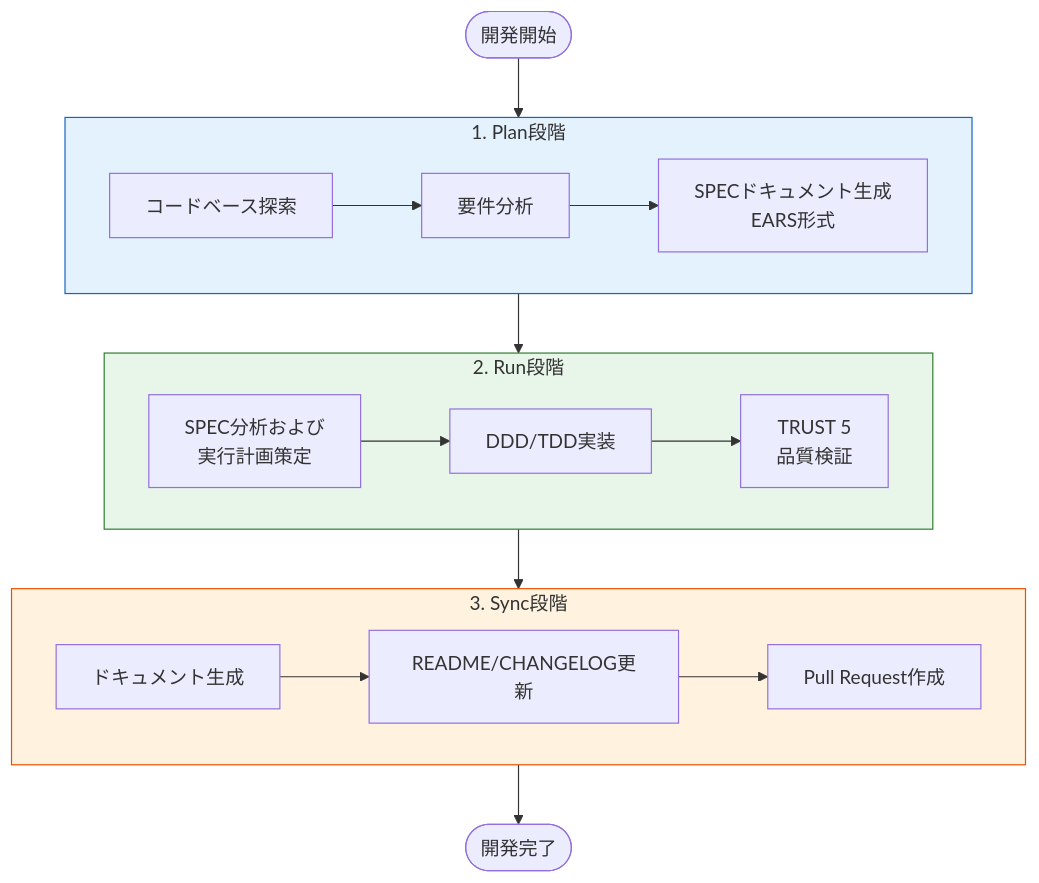
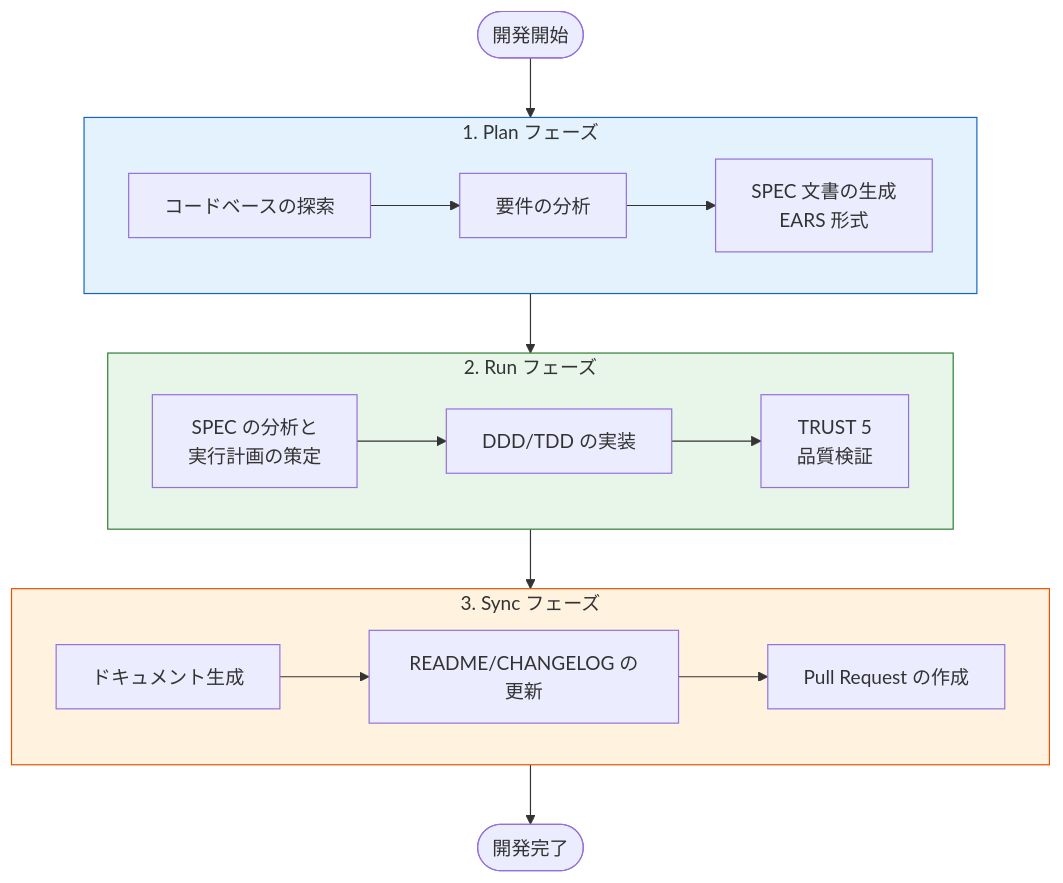
The fourth of 5 diagrams in docs-site/content/ja/core-concepts/what-is-moai-adk.md (modu-ai/moai-adk), drawn with Mermaid before and after one commit. The commit also changed other lines of this file and 395 other files, not shown here.

````diff
--- a/docs-site/content/ja/core-concepts/what-is-moai-adk.md
+++ b/docs-site/content/ja/core-concepts/what-is-moai-adk.md
@@ -294,29 +326,29 @@
 ```mermaid
 flowchart TD
     Start(["開発開始"]) --> Plan
 
-    subgraph Plan["1. Plan段階"]
-        P1["コードベース探索"] --> P2["要件分析"]
-        P2 --> P3["SPECドキュメント生成\nEARS形式"]
+    subgraph Plan["1. Plan フェーズ"]
+        P1["コードベースの探索"] --> P2["要件の分析"]
+        P2 --> P3["SPEC 文書の生成\nEARS 形式"]
     end
 
     Plan --> Run
 
-    subgraph Run["2. Run段階"]
-        R1["SPEC分析および\n実行計画策定"] --> R2["DDD/TDD実装"]
+    subgraph Run["2. Run フェーズ"]
+        R1["SPEC の分析と\n実行計画の策定"] --> R2["DDD/TDD の実装"]
         R2 --> R3["TRUST 5\n品質検証"]
     end
 
     Run --> Sync
 
-    subgraph Sync["3. Sync段階"]
-        S1["ドキュメント生成"] --> S2["README/CHANGELOG更新"]
-        S2 --> S3["Pull Request作成"]
+    subgraph Sync["3. Sync フェーズ"]
+        S1["ドキュメント生成"] --> S2["README/CHANGELOG の更新"]
+        S2 --> S3["Pull Request の作成"]
     end
 
     Sync --> Done(["開発完了"])
 
     style Plan fill:#E3F2FD,stroke:#1565C0
     style Run fill:#E8F5E9,stroke:#2E7D32
     style Sync fill:#FFF3E0,stroke:#E65100
 ```
````
